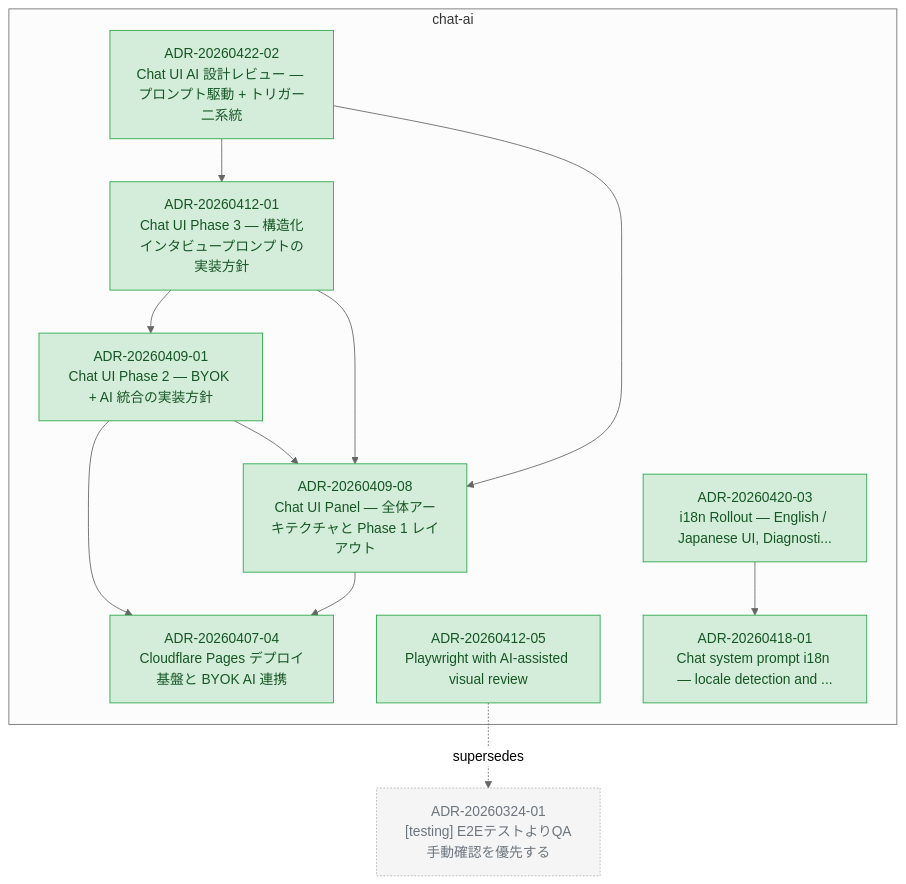
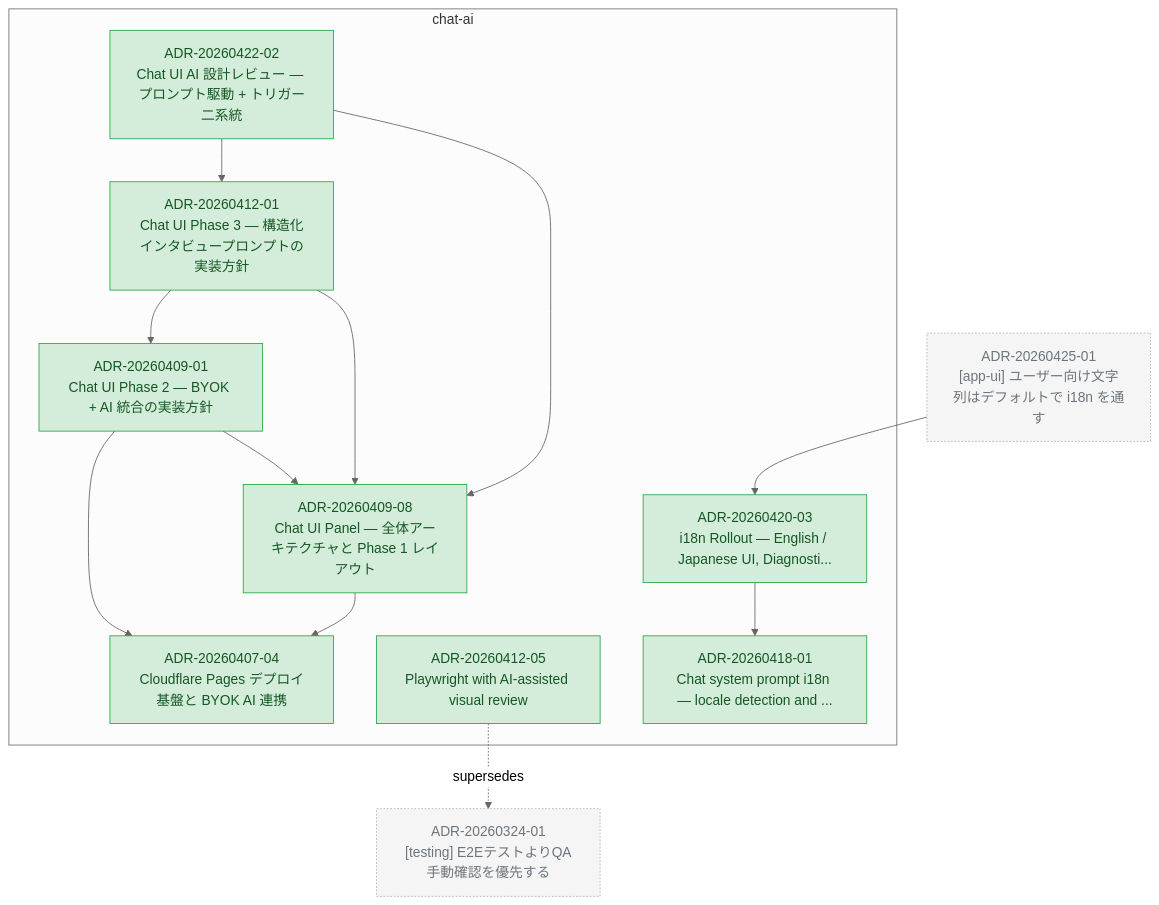
The diagram in docs/adr/graph/chat-ai.md (kompiro/karasu), drawn with Mermaid (neutral theme) before and after one commit. The commit also changed 5 other files, not shown here.

````diff
--- a/docs/adr/graph/chat-ai.md
+++ b/docs/adr/graph/chat-ai.md
@@ -6,39 +6,42 @@
 ```mermaid
 flowchart TD
   subgraph chat-ai["chat-ai"]
     ADR_20260407_04["ADR-20260407-04<br/>Cloudflare Pages デプロイ基盤と BYOK AI 連携"]
     ADR_20260409_01["ADR-20260409-01<br/>Chat UI Phase 2 — BYOK + AI 統合の実装方針"]
     ADR_20260409_08["ADR-20260409-08<br/>Chat UI Panel — 全体アーキテクチャと Phase 1 レイアウト"]
     ADR_20260412_01["ADR-20260412-01<br/>Chat UI Phase 3 — 構造化インタビュープロンプトの実装方針"]
     ADR_20260412_05["ADR-20260412-05<br/>Playwright with AI-assisted visual review"]
     ADR_20260418_01["ADR-20260418-01<br/>Chat system prompt i18n — locale detection and ..."]
     ADR_20260420_03["ADR-20260420-03<br/>i18n Rollout — English / Japanese UI, Diagnosti..."]
     ADR_20260422_02["ADR-20260422-02<br/>Chat UI AI 設計レビュー — プロンプト駆動 + トリガー二系統"]
   end
   ADR_20260324_01["ADR-20260324-01<br/>[testing] E2EテストよりQA手動確認を優先する"]
+  ADR_20260425_01["ADR-20260425-01<br/>[app-ui] ユーザー向け文字列はデフォルトで i18n を通す"]
   ADR_20260409_01 --> ADR_20260409_08
   ADR_20260409_01 --> ADR_20260407_04
   ADR_20260409_08 --> ADR_20260407_04
   ADR_20260412_01 --> ADR_20260409_01
   ADR_20260412_01 --> ADR_20260409_08
   ADR_20260420_03 --> ADR_20260418_01
   ADR_20260422_02 --> ADR_20260409_08
   ADR_20260422_02 --> ADR_20260412_01
+  ADR_20260425_01 --> ADR_20260420_03
   ADR_20260412_05 -.supersedes.-> ADR_20260324_01
 
   classDef accepted fill:#d4edda,stroke:#28a745,color:#155724
   classDef proposed fill:#fff3cd,stroke:#ffc107,color:#856404
   classDef deprecated fill:#f8d7da,stroke:#dc3545,color:#721c24
   classDef superseded fill:#e2e3e5,stroke:#6c757d,color:#383d41
   classDef not_adopted fill:#e2e3e5,stroke:#6c757d,color:#383d41,stroke-dasharray:3 3
   classDef ghost fill:#f5f5f5,stroke:#adb5bd,color:#6c757d,stroke-dasharray:2 2
   class ADR_20260407_04 accepted
   class ADR_20260409_01 accepted
   class ADR_20260409_08 accepted
   class ADR_20260412_01 accepted
   class ADR_20260412_05 accepted
   class ADR_20260418_01 accepted
   class ADR_20260420_03 accepted
   class ADR_20260422_02 accepted
   class ADR_20260324_01 ghost
+  class ADR_20260425_01 ghost
 ```
````
